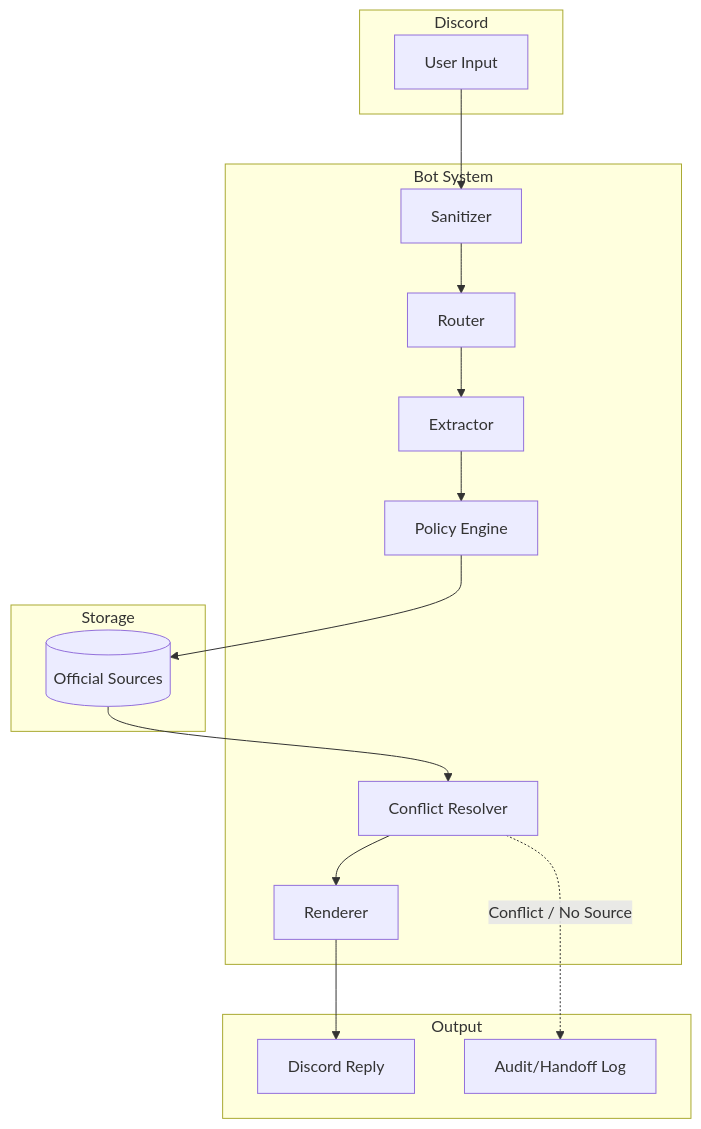
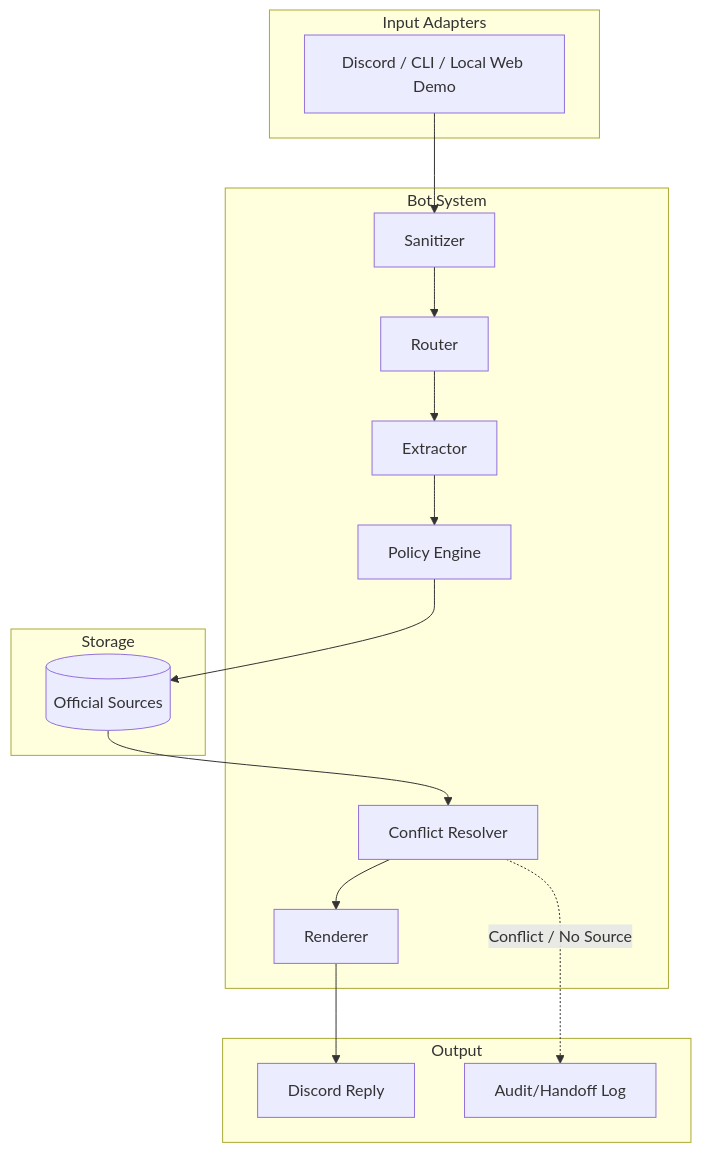
Before and after one commit to huytd2109/K4-3A-E402-phoboi: the diagram in docs/architecture.md, drawn with Mermaid. The commit also changed other lines of this file and 41 other files, not shown here.

````diff
--- a/docs/architecture.md
+++ b/docs/architecture.md
@@ -3,34 +7,34 @@
 ```mermaid
 flowchart TD
-    subgraph Discord
-        User[User Input]
+    subgraph Input Adapters
+        User[Discord / CLI / Local Web Demo]
     end
 
     subgraph Bot System
         Router[Router]
         Sanitizer[Sanitizer]
         Extractor[Extractor]
         PolicyEngine[Policy Engine]
         Resolver[Conflict Resolver]
         Renderer[Renderer]
     end
 
     subgraph Storage
         SourceRepo[(Official Sources)]
     end
 
     subgraph Output
         Reply[Discord Reply]
         Audit[Audit/Handoff Log]
     end
 
     User --> Sanitizer
     Sanitizer --> Router
     Router --> Extractor
     Extractor --> PolicyEngine
     PolicyEngine --> SourceRepo
     SourceRepo --> Resolver
     Resolver --> Renderer
     Renderer --> Reply
     Resolver -. "Conflict / No Source" .-> Audit
 ```
````
